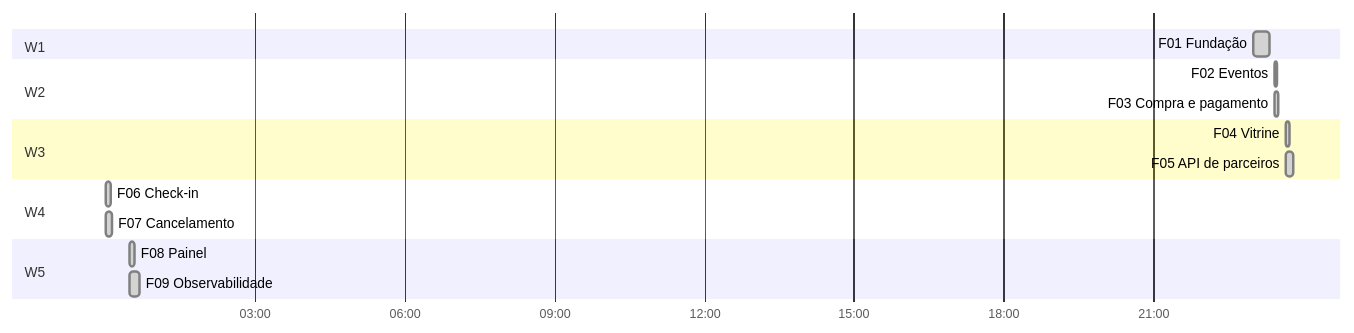
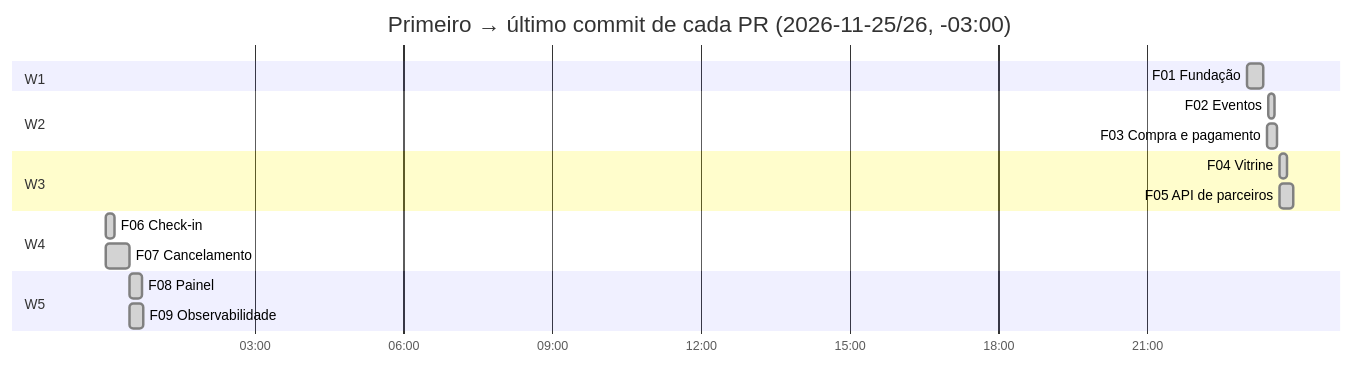
One commit to aeciopires/desafio-catraca changed the second of 2 diagrams in docs/architecture/agentes.md. Above: the diagram before and after it, drawn with Mermaid. The commit also changed 16 other files, not shown here.

````diff
--- a/docs/architecture/agentes.md
+++ b/docs/architecture/agentes.md
@@ -31,19 +31,20 @@
 ```mermaid
 gantt
+    title Primeiro → último commit de cada PR (2026-11-25/26, -03:00)
     dateFormat HH:mm
     axisFormat %H:%M
     section W1
     F01 Fundação           :done, 23:00, 20m
     section W2
-    F02 Eventos            :done, 23:26, 3m
-    F03 Compra e pagamento :done, 23:25, 5m
+    F02 Eventos            :done, 23:26, 7m
+    F03 Compra e pagamento :done, 23:25, 12m
     section W3
-    F04 Vitrine            :done, 23:39, 5m
-    F05 API de parceiros   :done, 23:39, 9m
+    F04 Vitrine            :done, 23:39, 10m
+    F05 API de parceiros   :done, 23:39, 17m
     section W4
-    F06 Check-in           :done, 00:01, 6m
-    F07 Cancelamento       :done, 00:01, 8m
+    F06 Check-in           :done, 00:01, 11m
+    F07 Cancelamento       :done, 00:01, 28m
     section W5
-    F08 Painel             :done, 00:30, 6m
-    F09 Observabilidade    :done, 00:30, 12m
+    F08 Painel             :done, 00:30, 15m
+    F09 Observabilidade    :done, 00:30, 17m
 ```
````
